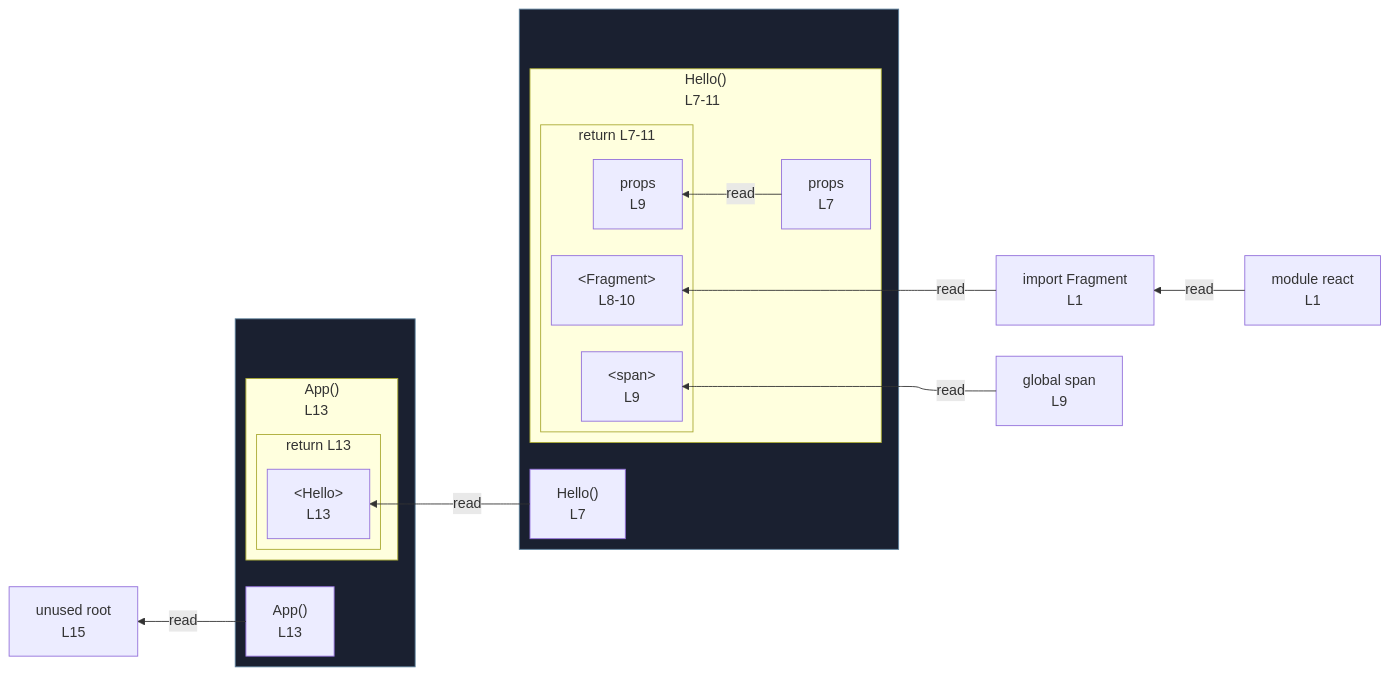
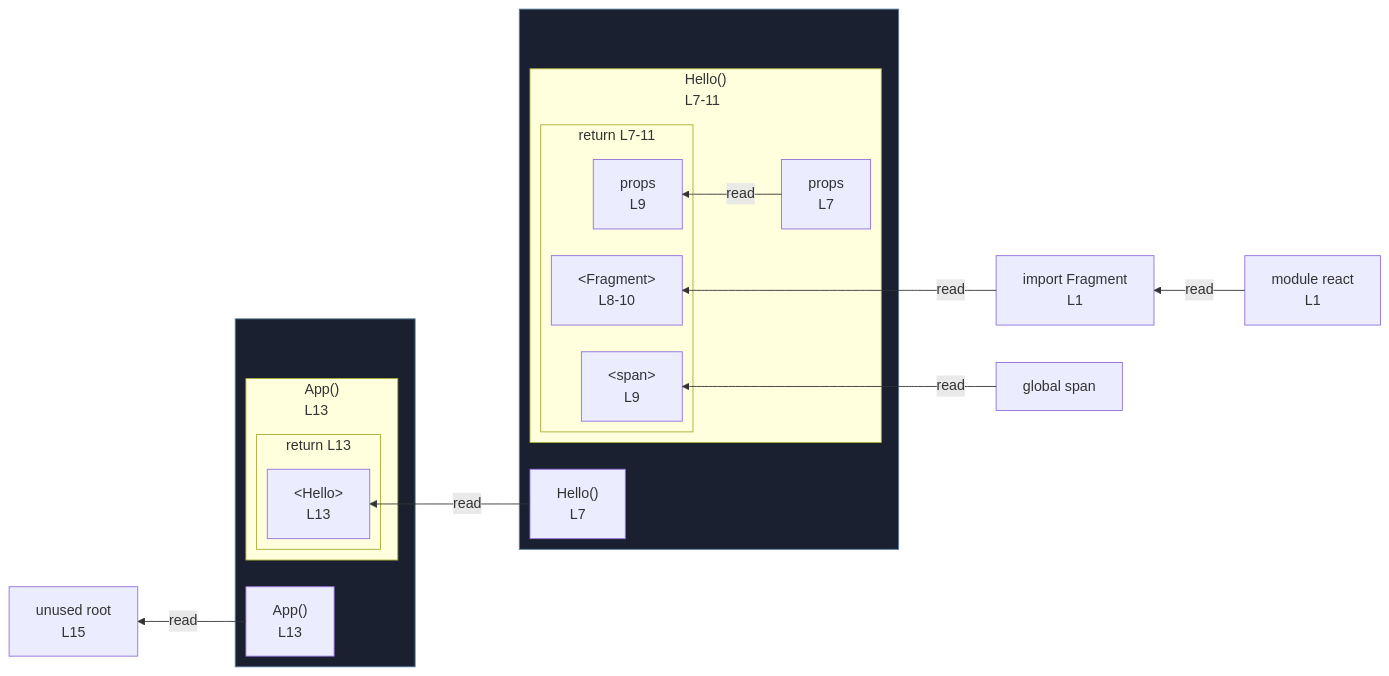
The diagram in integration/fixtures/jsx-component/preview.md (crescware/unsnarl), drawn with Mermaid before and after one commit. The commit also changed 107 other files, not shown here.

````diff
--- a/integration/fixtures/jsx-component/preview.md
+++ b/integration/fixtures/jsx-component/preview.md
@@ -25,42 +25,42 @@
 ```mermaid
 %%{init: {"flowchart": {"defaultRenderer": "elk"}}}%%
 flowchart RL
   n_scope_0_Fragment_9["import Fragment<br/>L1"]
   n_scope_0_root_237["unused root<br/>L15"]
-  n_scope_0_span_125["global span<br/>L9"]
+  n_scope_0_span_125["global span"]
   subgraph wrap_s_scope_1[" "]
     direction TB
     n_scope_0_Hello_79["Hello()<br/>L7"]
     subgraph s_scope_1["Hello()<br/>L7-11"]
       direction RL
       n_scope_1_props_88["props<br/>L7"]
       subgraph s_return_scope_0_Hello_79_105_187["return L7-11"]
         direction RL
         ret_use_ref_0["&lt;Fragment&gt;<br/>L8-10"]
         ret_use_ref_1["&lt;span&gt;<br/>L9"]
         ret_use_ref_2["props<br/>L9"]
       end
     end
   end
   subgraph wrap_s_scope_2[" "]
     direction TB
     n_scope_0_App_196["App()<br/>L13"]
     subgraph s_scope_2["App()<br/>L13"]
       direction RL
       subgraph s_return_scope_0_App_196_208_228["return L13"]
         direction RL
         ret_use_ref_3["&lt;Hello&gt;<br/>L13"]
       end
     end
   end
   n_scope_0_Fragment_9 -->|read| ret_use_ref_0
   n_scope_0_span_125 -->|read| ret_use_ref_1
   n_scope_1_props_88 -->|read| ret_use_ref_2
   n_scope_0_Hello_79 -->|read| ret_use_ref_3
   n_scope_0_App_196 -->|read| n_scope_0_root_237
   mod_react["module react<br/>L1"]
   mod_react -->|read| n_scope_0_Fragment_9
   classDef fnWrap fill:#1a2030,stroke:#5a7d99;
   class wrap_s_scope_1 fnWrap;
   class wrap_s_scope_2 fnWrap;
 ```
````
